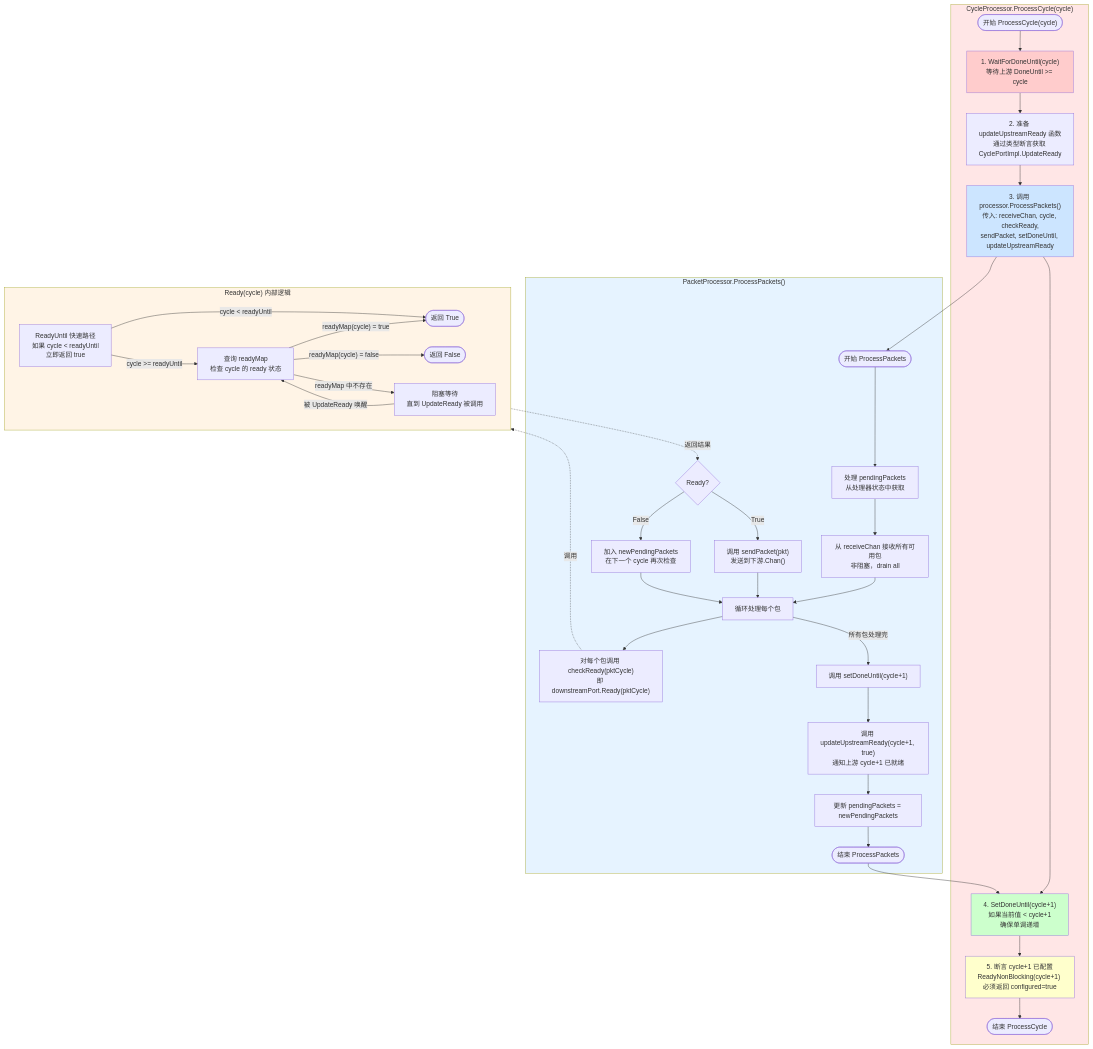
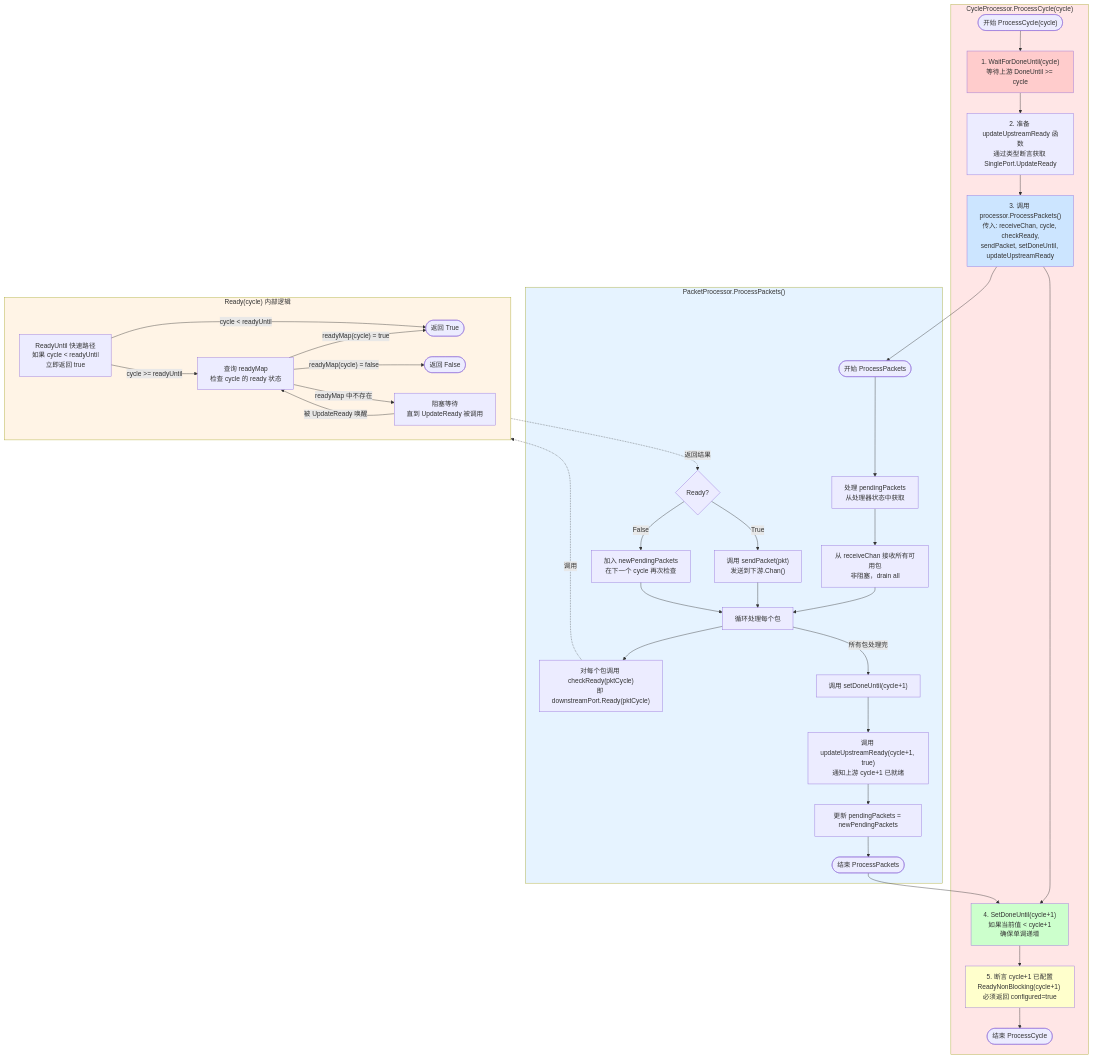
Before and after one commit to Readm/flow_control_sim: the first of 2 diagrams in doc/core/cycle_port.md, drawn with Mermaid. The commit also changed other lines of this file and 21 other files, not shown here.

````diff
--- a/doc/core/cycle_port.md
+++ b/doc/core/cycle_port.md
@@ -76,78 +76,78 @@
 ``` mermaid
 ---
 config:
   layout: dagre
 ---
 flowchart TB
     subgraph CP["CycleProcessor.ProcessCycle(cycle)"]
         START(["开始 ProcessCycle(cycle)"])
         WAIT["1. WaitForDoneUntil(cycle)<br/>等待上游 DoneUntil >= cycle"]
-        PREPARE["2. 准备 updateUpstreamReady 函数<br/>通过类型断言获取 CyclePortImpl.UpdateReady"]
+        PREPARE["2. 准备 updateUpstreamReady 函数<br/>通过类型断言获取 SinglePort.UpdateReady"]
         CALL_PROC["3. 调用 processor.ProcessPackets()<br/>传入: receiveChan, cycle, checkReady,<br/>sendPacket, setDoneUntil, updateUpstreamReady"]
         SET_DONE["4. SetDoneUntil(cycle+1)<br/>如果当前值 < cycle+1<br/>确保单调递增"]
         ASSERT["5. 断言 cycle+1 已配置<br/>ReadyNonBlocking(cycle+1) 必须返回 configured=true"]
         END_CP(["结束 ProcessCycle"])
     end
 
     subgraph PP["PacketProcessor.ProcessPackets()"]
         START_PP(["开始 ProcessPackets"])
         PENDING["处理 pendingPackets<br/>从处理器状态中获取"]
         RECV["从 receiveChan 接收所有可用包<br/>非阻塞，drain all"]
         LOOP["循环处理每个包"]
         CHECK["对每个包调用 checkReady(pktCycle)<br/>即 downstreamPort.Ready(pktCycle)"]
         READY{Ready?}
         SEND["调用 sendPacket(pkt)<br/>发送到下游.Chan()"]
         KEEP["加入 newPendingPackets<br/>在下一个 cycle 再次检查"]
         DONE_PP["调用 setDoneUntil(cycle+1)"]
         UPDATE["调用 updateUpstreamReady(cycle+1, true)<br/>通知上游 cycle+1 已就绪"]
         SAVE["更新 pendingPackets = newPendingPackets"]
         END_PP(["结束 ProcessPackets"])
     end
 
     subgraph READY_LOGIC["Ready(cycle) 内部逻辑"]
         RU["ReadyUntil 快速路径<br/>如果 cycle < readyUntil<br/>立即返回 true"]
         RM["查询 readyMap<br/>检查 cycle 的 ready 状态"]
         BLOCK["阻塞等待<br/>直到 UpdateReady 被调用"]
         TRUE_R(["返回 True"])
         FALSE_R(["返回 False"])
     end
 
     START --> WAIT
     WAIT --> PREPARE
     PREPARE --> CALL_PROC
     CALL_PROC --> SET_DONE
     SET_DONE --> ASSERT
     ASSERT --> END_CP
 
     CALL_PROC --> START_PP
     START_PP --> PENDING
     PENDING --> RECV
     RECV --> LOOP
     LOOP --> CHECK
     CHECK -.->|调用| READY_LOGIC
     READY_LOGIC -.->|返回结果| READY
     READY -->|True| SEND
     READY -->|False| KEEP
     SEND --> LOOP
     KEEP --> LOOP
     LOOP -->|所有包处理完| DONE_PP
     DONE_PP --> UPDATE
     UPDATE --> SAVE
     SAVE --> END_PP
     END_PP --> SET_DONE
 
     RU -->|"cycle < readyUntil"| TRUE_R
     RU -->|"cycle >= readyUntil"| RM
     RM -->|"readyMap(cycle) = true"| TRUE_R
     RM -->|"readyMap(cycle) = false"| FALSE_R
     RM -->|"readyMap 中不存在"| BLOCK
     BLOCK -->|"被 UpdateReady 唤醒"| RM
 
     style CP fill:#FFE6E6
     style PP fill:#E6F3FF
     style READY_LOGIC fill:#FFF4E6
     style WAIT fill:#FFCCCC
     style CALL_PROC fill:#CCE5FF
     style SET_DONE fill:#CCFFCC
     style ASSERT fill:#FFFFCC
 ```
````
